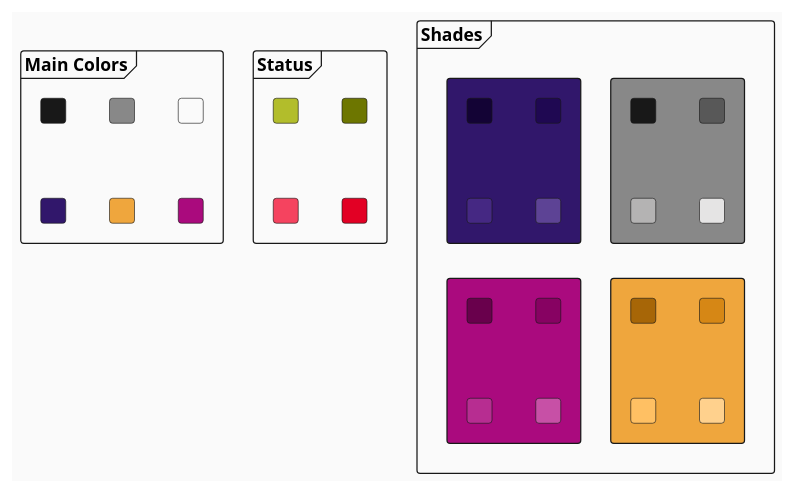
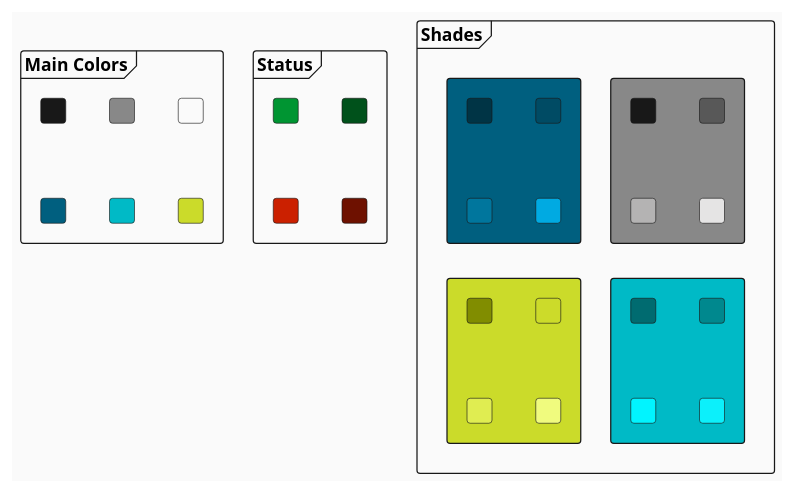
One commit to proveo-ca/identity changed the diagram in colors.md. Above: the diagram before and after it, drawn with PlantUML. The commit also changed 11 other files, not shown here.

````diff
--- a/colors.md
+++ b/colors.md
@@ -1,56 +1,56 @@
 ```plantuml
 @startuml
 <style>
   root {
     FontName Padauk;
     BackgroundColor #FAFAFA;
   }
 </style>
 frame "Main Colors" {
   rectangle " " as Black #181818
   rectangle " " as Gray #888888
   rectangle " " as White #FAFAFA
-  rectangle " " as Main #31176B
-  rectangle " " as Alt #EFA63D
-  rectangle " " as Accent #AA0A7D
+  rectangle " " as Main #005F7F
+  rectangle " " as Alt #00BAC6
+  rectangle " " as Accent #CBDB2A
 }
 
 frame "Status" {
-  rectangle " " as SuccessLight #B2BD2B
-  rectangle " " as SuccessDark #6D7600
-  rectangle " " as ErrorLight #F5435F
-  rectangle " " as ErrorDark #E20024
+  rectangle " " as SuccessLight #009532
+  rectangle " " as SuccessDark #00511B
+  rectangle " " as ErrorLight #CB2000
+  rectangle " " as ErrorDark #6E1100
 }
 
 frame "Shades" {
   rectangle #888888 {
     rectangle " " as Gray1 #181818
     rectangle " " as Gray2 #585858
     rectangle " " as Gray3 #B4B3B3
     rectangle " " as Gray4 #E5E4E4
   }
     
-  rectangle #31176B {
-    rectangle " " as Main1 #130335
-    rectangle " " as Main2 #1F0852
-    rectangle " " as Main3 #452883
-    rectangle " " as Main4 #5D4395
+  rectangle #005F7F {
+    rectangle " " as Main1 #003445
+    rectangle " " as Main2 #004B64
+    rectangle " " as Main3 #00769D
+    rectangle " " as Main4 #00AAE2
   }
     
-  rectangle #EFA63D {
-    rectangle " " as Alt1 #A76607
-    rectangle " " as Alt2 #D68715
-    rectangle " " as Alt3 #FFC063
-    rectangle " " as Alt4 #FFD18D
+  rectangle #00BAC6 {
+    rectangle " " as Alt1 #006B70
+    rectangle " " as Alt2 #00888E
+    rectangle " " as Alt3 #01F4FF
+    rectangle " " as Alt4 #0CF0FB
   }
   
-  rectangle #AA0A7E {
-    rectangle " " as Accent1 #69004C
-    rectangle " " as Accent2 #870262
-    rectangle " " as Accent3 #B72D91
-    rectangle " " as Accent4 #C750A6
+  rectangle #CBDB2A {
+    rectangle " " as Accent1 #818D00
+    rectangle " " as Accent2 #CCDB2A
+    rectangle " " as Accent3 #E0ED51
+    rectangle " " as Accent4 #F0FB7E
   }
 }
 
 @enduml
 ```
````
